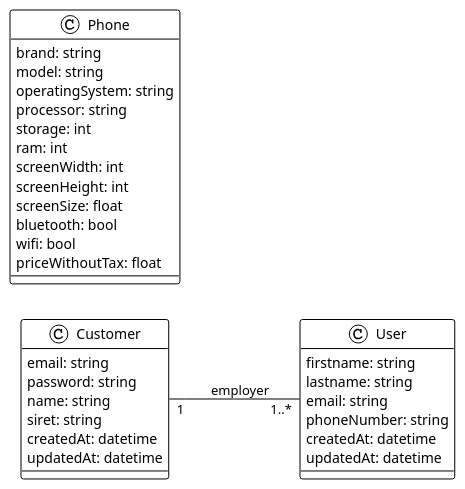
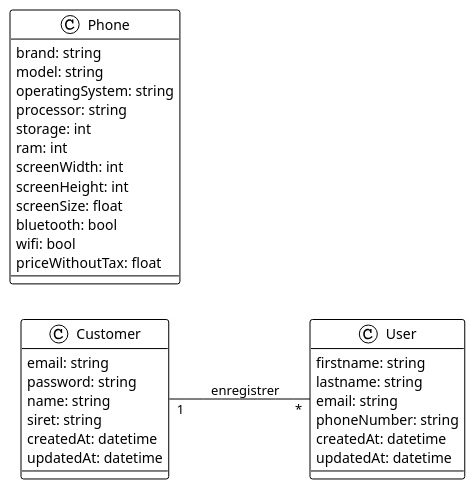
The diagram in doc/puml/DataModel.puml (davy-beauzil/p7-api), drawn with PlantUML before and after one commit. The commit also changed 2 other files, not shown here.

Commit message:
fix(diagrams & phone responses): last corrections

```diff
--- a/doc/puml/DataModel.puml
+++ b/doc/puml/DataModel.puml
@@ -1,41 +1,41 @@
 @startuml
 
 !theme plain
 left to right direction
 
 class Customer {
     email: string
     password: string
     name: string
     siret: string
     createdAt: datetime
     updatedAt: datetime
 }
 
 class User {
     firstname: string
     lastname: string
     email: string
     phoneNumber: string
     createdAt: datetime
     updatedAt: datetime
 }
 
 class Phone {
     brand: string
     model: string
     operatingSystem: string
     processor: string
     storage: int
     ram: int
     screenWidth: int
     screenHeight: int
     screenSize: float
     bluetooth: bool
     wifi: bool
     priceWithoutTax: float
 }
 
-Customer "1" -- "1..*" User : employer
+Customer "1" -- "*" User : enregistrer
 
 @enduml
```
